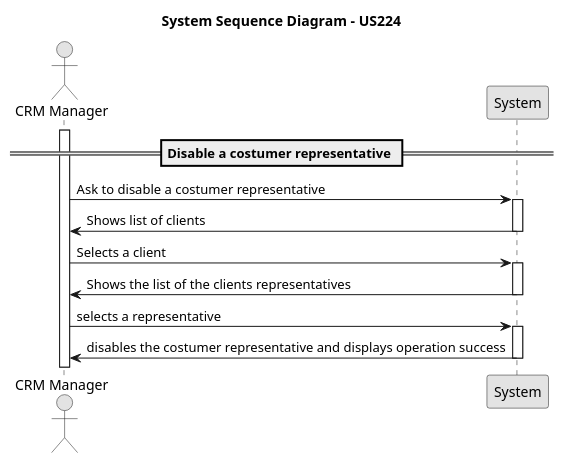
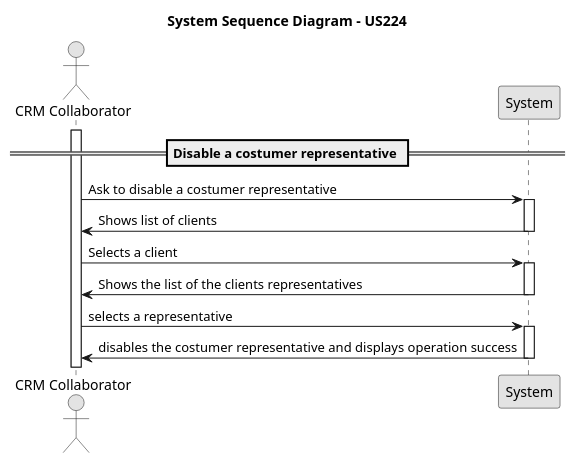
The diagram in docs/Sprint2/us_224/diagrams/system-sequence-diagram-US224.puml (rubenFreitas1/ISEP-LAPR4-2024-2025), drawn with PlantUML before and after one commit. The commit also changed 3 other files, not shown here.

```diff
--- a/docs/Sprint2/us_224/diagrams/system-sequence-diagram-US224.puml
+++ b/docs/Sprint2/us_224/diagrams/system-sequence-diagram-US224.puml
@@ -1,32 +1,32 @@
 @startuml
 skinparam monochrome true
 skinparam packageStyle rectangle
 skinparam shadowing false
 
-actor "CRM Manager" as crmManager
+actor "CRM Collaborator" as crmCollaborator
 participant "System" as system
 
 title System Sequence Diagram - US224
 
 == Disable a costumer representative ==
-activate crmManager
+activate crmCollaborator
 
-    crmManager -> system : Ask to disable a costumer representative
+    crmCollaborator -> system : Ask to disable a costumer representative
     activate system
 
-        system -> crmManager : Shows list of clients
+        system -> crmCollaborator : Shows list of clients
     deactivate system
 
-    crmManager -> system : Selects a client
+    crmCollaborator -> system : Selects a client
     activate system
 
-        system -> crmManager : Shows the list of the clients representatives
+        system -> crmCollaborator : Shows the list of the clients representatives
     deactivate system
 
-    crmManager -> system : selects a representative
+    crmCollaborator -> system : selects a representative
     activate system
 
-        system -> crmManager : disables the costumer representative and displays operation success
+        system -> crmCollaborator : disables the costumer representative and displays operation success
     deactivate system
 
 @enduml
```
